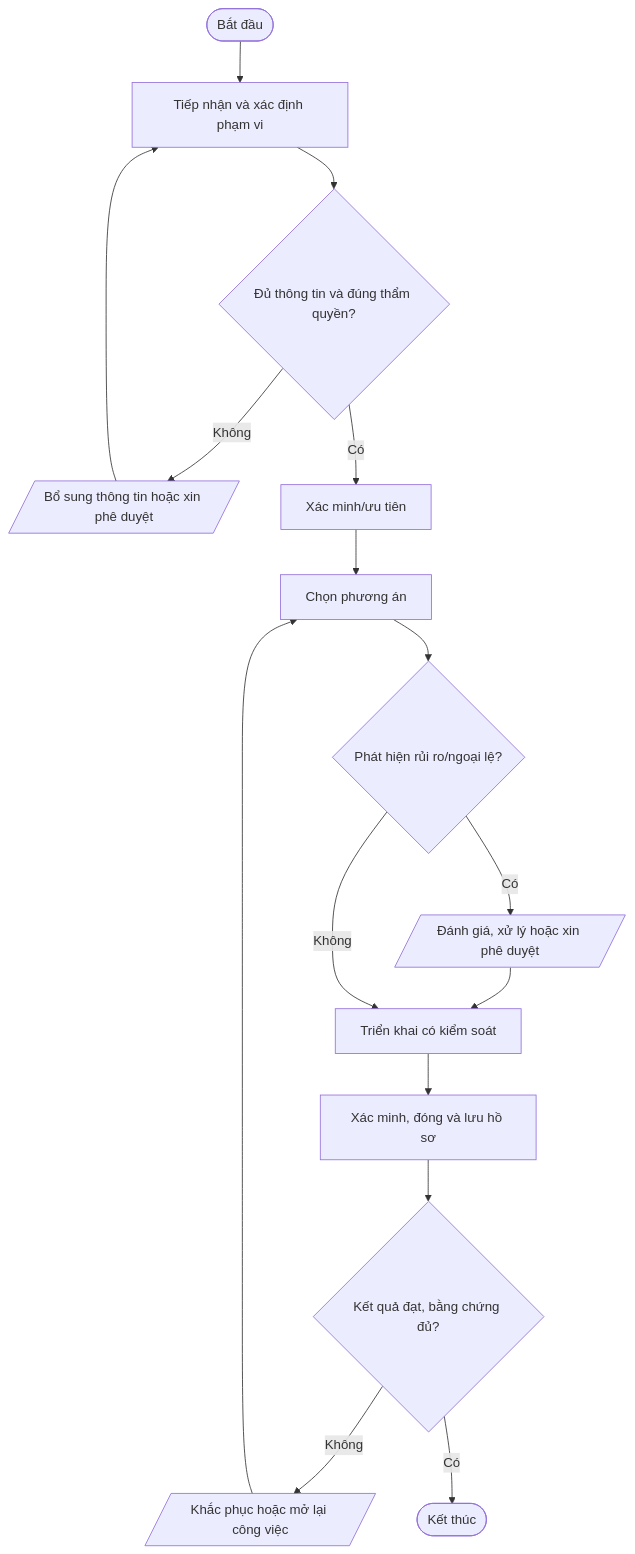
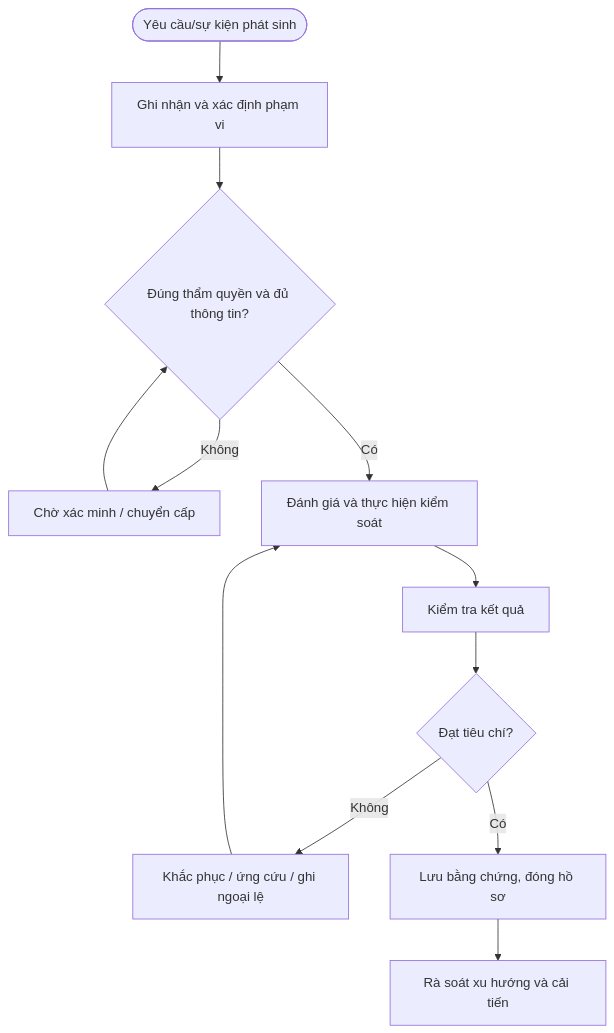
The diagram in quy-trinh/chi-tiet/QT-ATTT-06.md (daoaigiangnam/Quy_Trinh_Chuan), drawn with Mermaid before and after one commit. The commit also changed other lines of this file, not shown here.

````diff
--- a/quy-trinh/chi-tiet/QT-ATTT-06.md
+++ b/quy-trinh/chi-tiet/QT-ATTT-06.md
@@ -31,18 +121,14 @@
 ```mermaid
 flowchart TD
-  A([Bắt đầu]) --> S1["Tiếp nhận và xác định phạm vi"]
-  S1 --> D1{"Đủ thông tin và đúng thẩm quyền?"}
-  D1 -- Không --> F1[/"Bổ sung thông tin hoặc xin phê duyệt"/]
-  F1 --> S1
-  D1 -- Có --> S2["Xác minh/ưu tiên"]
-  S2 --> S3["Chọn phương án"]
-  S3 --> D2{"Phát hiện rủi ro/ngoại lệ?"}
-  D2 -- Có --> RISK[/"Đánh giá, xử lý hoặc xin phê duyệt"/]
-  RISK --> S4["Triển khai có kiểm soát"]
-  D2 -- Không --> S4
-  S4 --> S5["Xác minh, đóng và lưu hồ sơ"]
-  S5 --> D3{"Kết quả đạt, bằng chứng đủ?"}
-  D3 -- Không --> R[/"Khắc phục hoặc mở lại công việc"/]
-  R --> S3
-  D3 -- Có --> Z([Kết thúc])
+ A([Yêu cầu/sự kiện phát sinh]) --> B[Ghi nhận và xác định phạm vi]
+ B --> C{Đúng thẩm quyền và đủ thông tin?}
+ C -- Không --> D[Chờ xác minh / chuyển cấp]
+ D --> C
+ C -- Có --> E[Đánh giá và thực hiện kiểm soát]
+ E --> F[Kiểm tra kết quả]
+ F --> G{Đạt tiêu chí?}
+ G -- Không --> H[Khắc phục / ứng cứu / ghi ngoại lệ]
+ H --> E
+ G -- Có --> I[Lưu bằng chứng, đóng hồ sơ]
+ I --> J[Rà soát xu hướng và cải tiến]
 ```
````
